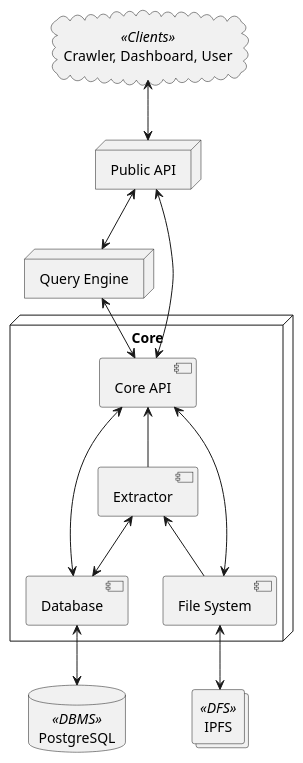
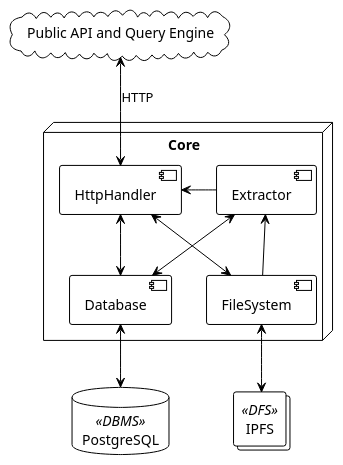
One commit to ComLaKe/core changed the diagram in thesis/figures/tech.puml. Above: the diagram before and after it, drawn with PlantUML. The commit also changed 9 other files, not shown here.

```diff
--- a/thesis/figures/tech.puml
+++ b/thesis/figures/tech.puml
@@ -1,30 +1,25 @@
 @startuml
+!theme plain
+
 node Core {
     component Database as meta
-    component "File System" as files
-    component "Core API" as http
+    component FileSystem as files
+    component HttpHandler as http
     component Extractor as extract
 }
 
 collections IPFS <<DFS>>
 files <--> IPFS
 
 database PostgreSQL <<DBMS>>
 meta <--> PostgreSQL
 
 http <--> files
 http <--> meta
-http <-- extract
-extract <-- files
-extract <--> meta
+http <-right- extract
+extract <-down- files
+extract <-down-> meta
 
-node "Query Engine" as query
-query <--> http
-
-node "Public API" as api
-api <--> query
-api <--> http
-
-cloud "Crawler, Dashboard, User" as client <<Clients>>
-client <--> api
+cloud "Public API and Query Engine" as client
+client <--> http : HTTP
 @enduml
```
